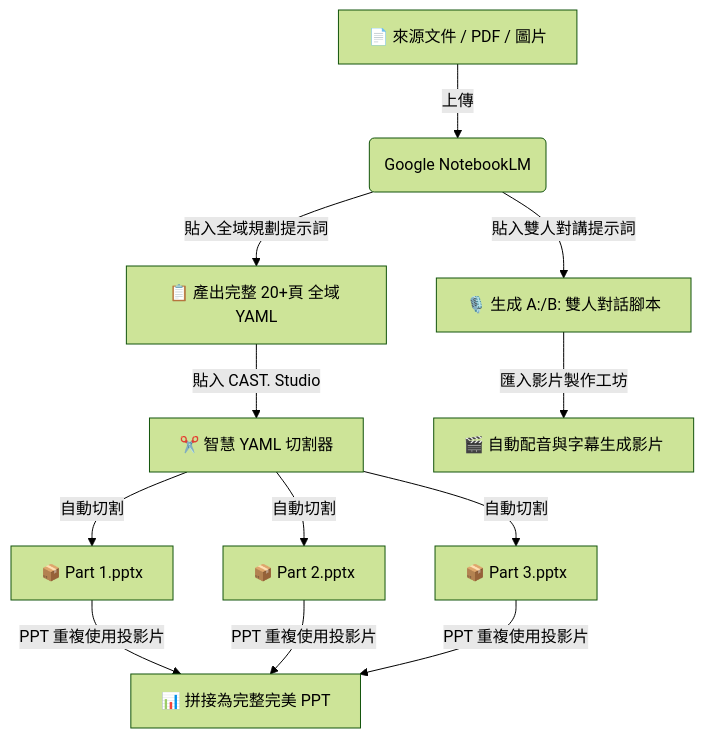
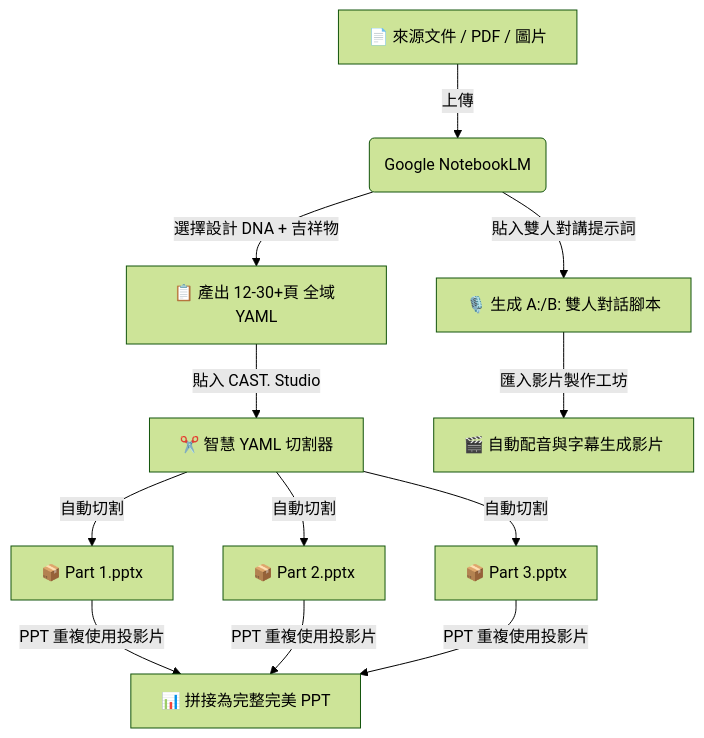
One commit to erniesu8090-beep/PPTNBLM-helper changed the diagram in README.md. Above: the diagram before and after it, drawn with Mermaid (forest theme). The commit also changed other lines of this file and 9 other files, not shown here.

````diff
--- a/README.md
+++ b/README.md
@@ -44,13 +62,13 @@
 ```mermaid
 flowchart TD
     A[📄 來源文件 / PDF / 圖片] -->|上傳| B(Google NotebookLM)
-    B -->|貼入全域規劃提示詞| C[📋 產出完整 20+頁 全域 YAML]
+    B -->|選擇設計 DNA + 吉祥物| C[📋 產出 12-30+頁 全域 YAML]
     C -->|貼入 CAST. Studio| D[✂️ 智慧 YAML 切割器]
     D -->|自動切割| E1[📦 Part 1.pptx]
     D -->|自動切割| E2[📦 Part 2.pptx]
     D -->|自動切割| E3[📦 Part 3.pptx]
     E1 & E2 & E3 -->|PPT 重複使用投影片| F[📊 拼接為完整完美 PPT]
 
     B -->|貼入雙人對講提示詞| G[🎙️ 生成 A:/B: 雙人對話腳本]
     G -->|匯入影片製作工坊| H[🎬 自動配音與字幕生成影片]
 ```
````
